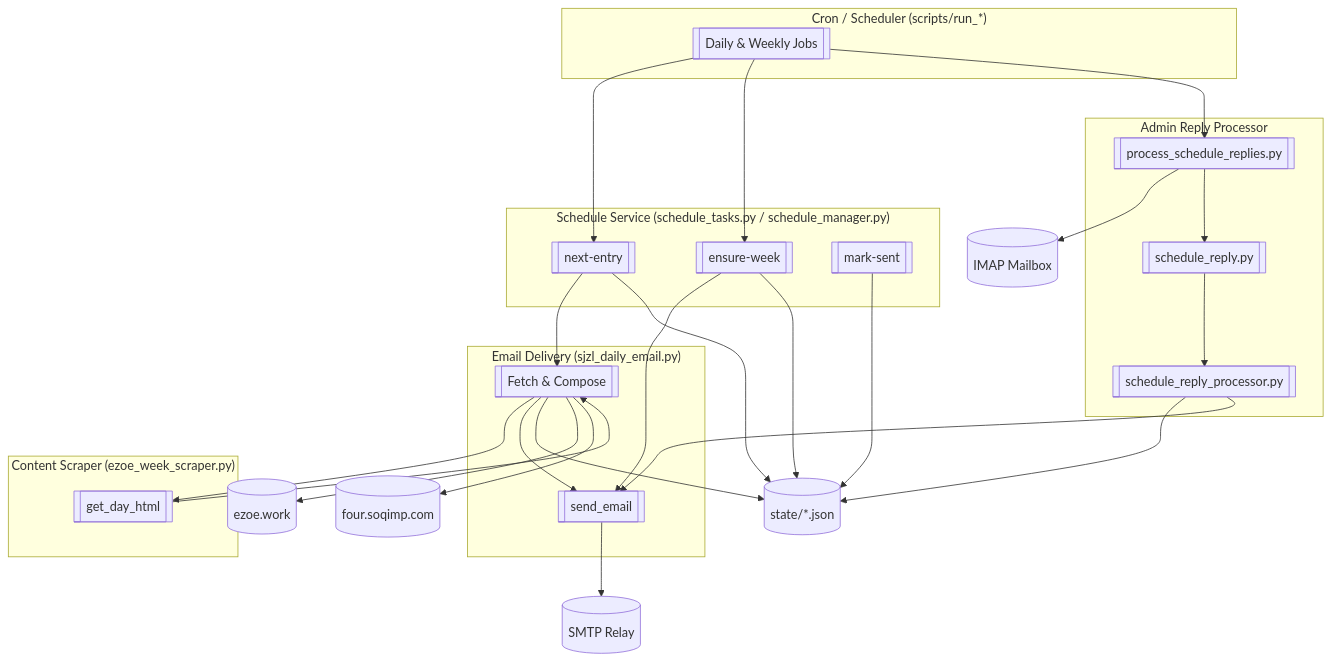
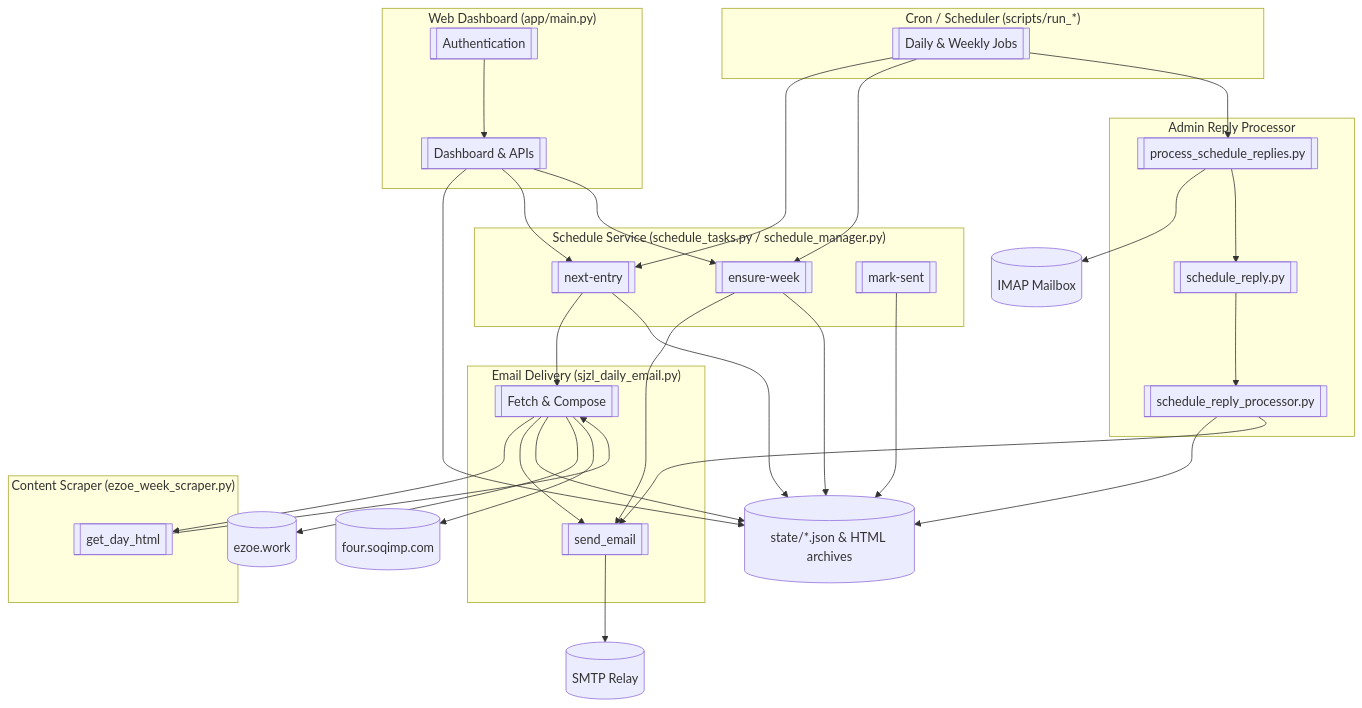
One commit to HananiahKao/daily-manna-email changed the second of 3 diagrams in SYSTEM_C4.md. Above: the diagram before and after it, drawn with Mermaid. The commit also changed other lines of this file, not shown here.

First line of the commit message:
📝 docs(c4): update C4 model to include Web Dashboard container

````diff
--- a/SYSTEM_C4.md
+++ b/SYSTEM_C4.md
@@ -54,54 +60,63 @@
 ```mermaid
 flowchart TB
     subgraph Cron["Cron / Scheduler (scripts/run_*)"]
         CronJob[[Daily & Weekly Jobs]]
     end
 
     subgraph Schedule["Schedule Service (schedule_tasks.py / schedule_manager.py)"]
         NextEntry[[next-entry]]
         EnsureWeek[[ensure-week]]
         MarkSent[[mark-sent]]
     end
 
     subgraph Email["Email Delivery (sjzl_daily_email.py)"]
         FetchCompose[[Fetch & Compose]]
         SMTPClient[[send_email]]
     end
 
     subgraph Scraper["Content Scraper (ezoe_week_scraper.py)"]
         DayHtml[[get_day_html]]
     end
 
     subgraph Admin["Admin Reply Processor"]
         FetchIMAP[[process_schedule_replies.py]]
         ParseTokens[[schedule_reply.py]]
         ApplyInstr[[schedule_reply_processor.py]]
     end
 
-    State[(state/*.json)]
+    subgraph WebDash["Web Dashboard (app/main.py)"]
+        DashboardAPI[[Dashboard & APIs]]
+        Authenticate[[Authentication]]
+    end
+
+    State[(state/*.json & HTML archives)]
     SMTPRelay[(SMTP Relay)]
     IMAPMailbox[(IMAP Mailbox)]
     Ezoe[(ezoe.work)]
     Legacy[(four.soqimp.com)]
 
     CronJob --> NextEntry
     NextEntry --> FetchCompose
     FetchCompose --> DayHtml
     DayHtml --> FetchCompose
     FetchCompose --> SMTPClient
     SMTPClient --> SMTPRelay
     EnsureWeek --> SMTPClient
     CronJob --> EnsureWeek
     CronJob --> FetchIMAP
     FetchIMAP --> IMAPMailbox
     FetchIMAP --> ParseTokens
     ParseTokens --> ApplyInstr
     ApplyInstr --> State
     NextEntry --> State
     EnsureWeek --> State
     MarkSent --> State
     FetchCompose --> State
     ApplyInstr --> SMTPClient
     FetchCompose --> Ezoe
     FetchCompose --> Legacy
+    DashboardAPI --> State
+    Authenticate --> DashboardAPI
+    DashboardAPI --> NextEntry
+    DashboardAPI --> EnsureWeek
 ```
````
